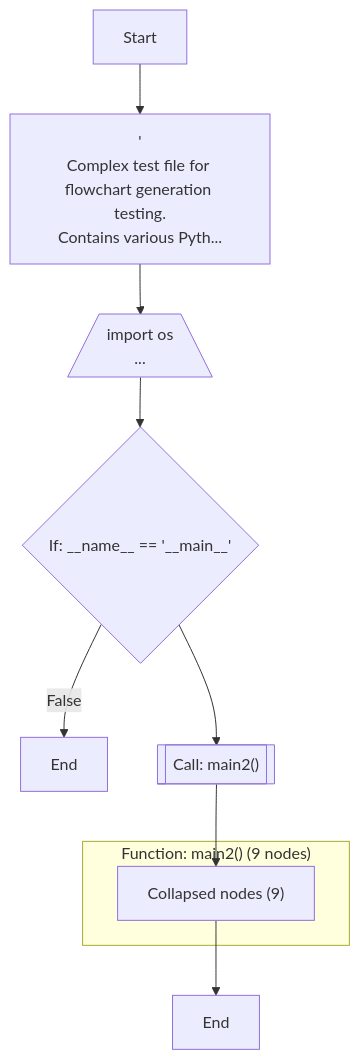
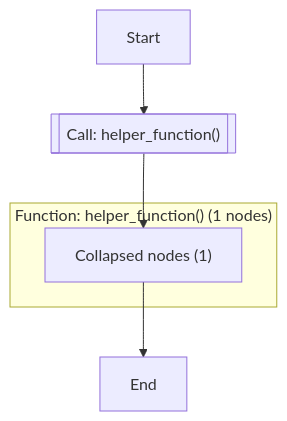
The diagram in flowchart/temp/flowchart.mmd (Leonardo8133/flowchart-machine), drawn with Mermaid before and after one commit. The commit also changed 30 other files, not shown here.

```diff
--- a/flowchart/temp/flowchart.mmd
+++ b/flowchart/temp/flowchart.mmd
@@ -1,24 +1,11 @@
 graph TD
 	start1[Start]
 	end2[End]
-	expr3["'\nComplex test file for flowchart generation testing.\nContains various Pyth..."]
-	import4[/"import os
-..."\]
-	if_cond5{"If: __name__ == '__main__'"}
-	call_main26[["Call: main2()"]]
-	end35[End]
-    expr3["'\nComplex test file for flowchart generation testing.\nContains various Pyth..."]
-    import4[/"import os
-..."\]
-    if_cond5{"If: __name__ == '__main__'"}
-    call_main26[["Call: main2()"]]
-    subgraph "Function: main2() (9 nodes)"
-        collapsed_nodes__main2_9["Collapsed nodes (9)"]
+	call_helper_function3[["Call: helper_function()"]]
+    call_helper_function3[["Call: helper_function()"]]
+    subgraph "Function: helper_function() (1 nodes)"
+        collapsed_nodes__helper_function_1["Collapsed nodes (1)"]
     end
-        start1 --> expr3
-        expr3 --> import4
-        import4 --> if_cond5
-        if_cond5 --> call_main26
-        if_cond5 -->|False| end2
-        call_main26 --> collapsed_nodes__main2_9
-        collapsed_nodes__main2_9 --> end35
+        start1 --> call_helper_function3
+        call_helper_function3 --> collapsed_nodes__helper_function_1
+        collapsed_nodes__helper_function_1 --> end2
```
